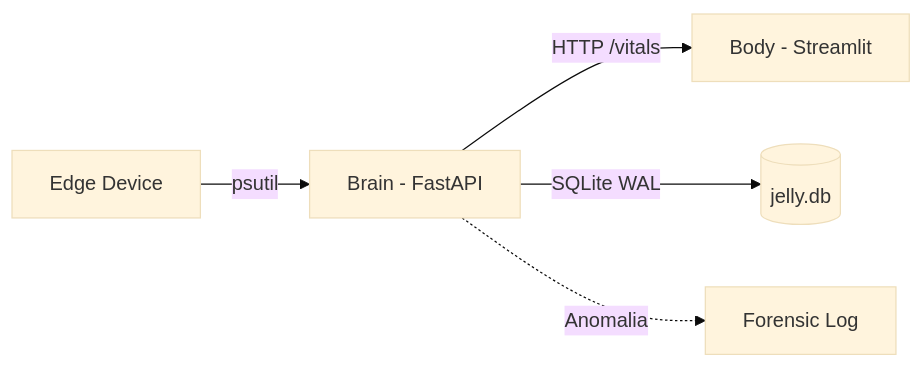
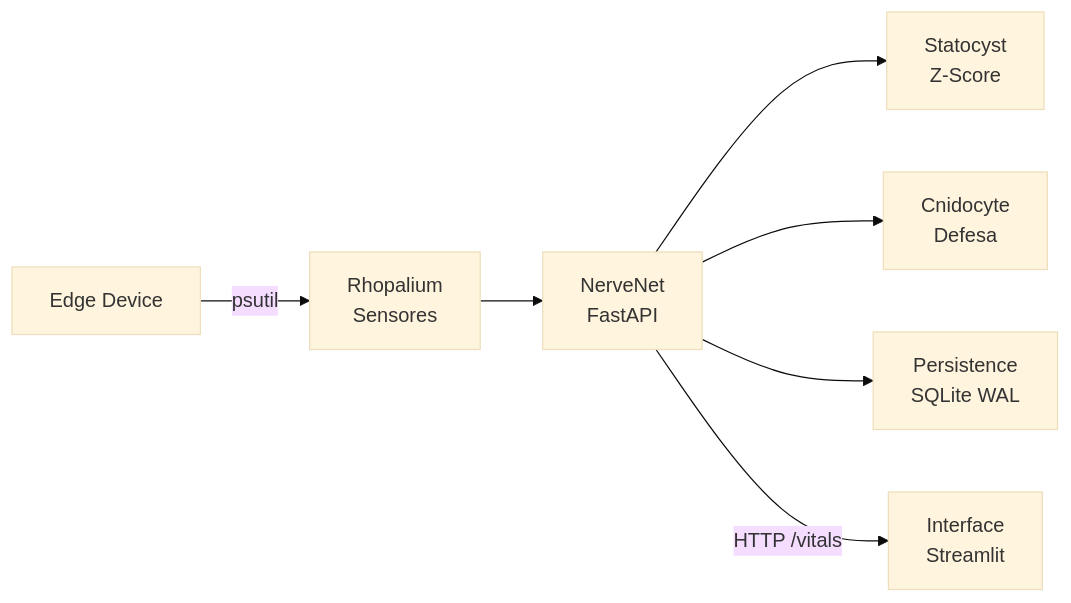
Before and after one commit to codeZ-coder/JellyV6: the diagram in README.md, drawn with Mermaid (base theme). The commit also changed other lines of this file and 13 other files, not shown here.

````diff
--- a/README.md
+++ b/README.md
@@ -29,7 +29,9 @@
 ```mermaid
 graph LR
-    A[Edge Device] -->|psutil| B[Brain - FastAPI]
-    B -->|HTTP /vitals| C[Body - Streamlit]
-    B -->|SQLite WAL| D[(jelly.db)]
-    B -.->|Anomalia| E[Forensic Log]
+    A[Edge Device] -->|psutil| R[Rhopalium<br/>Sensores]
+    R --> N[NerveNet<br/>FastAPI]
+    N --> S[Statocyst<br/>Z-Score]
+    N --> C[Cnidocyte<br/>Defesa]
+    N --> P[Persistence<br/>SQLite WAL]
+    N -->|HTTP /vitals| I[Interface<br/>Streamlit]
 ```
````
